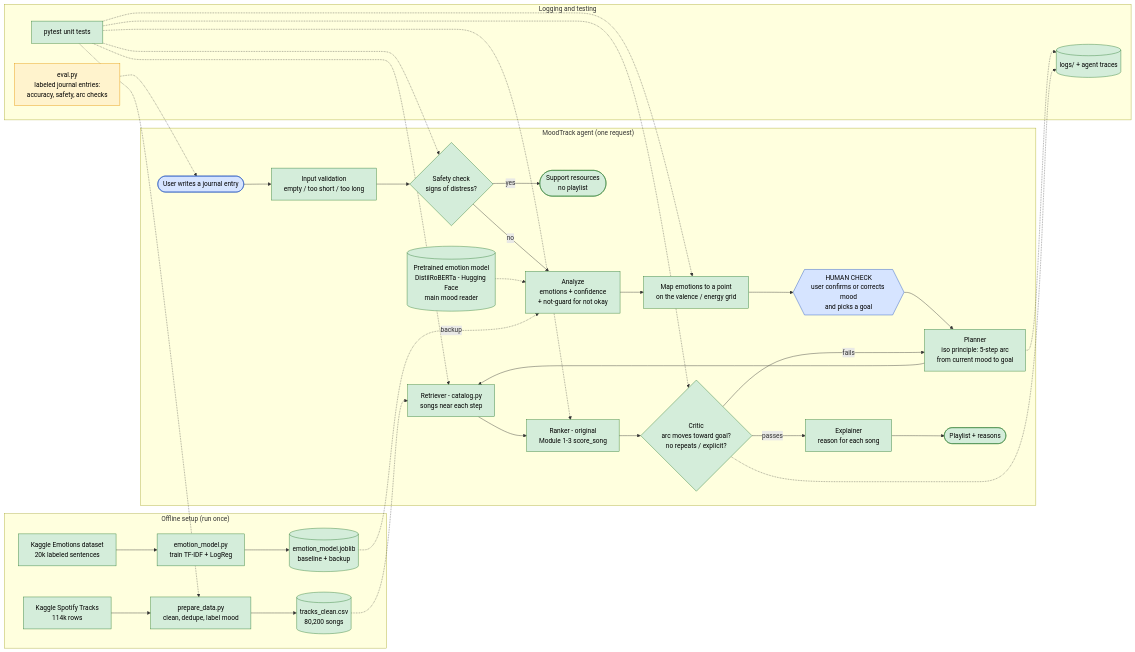
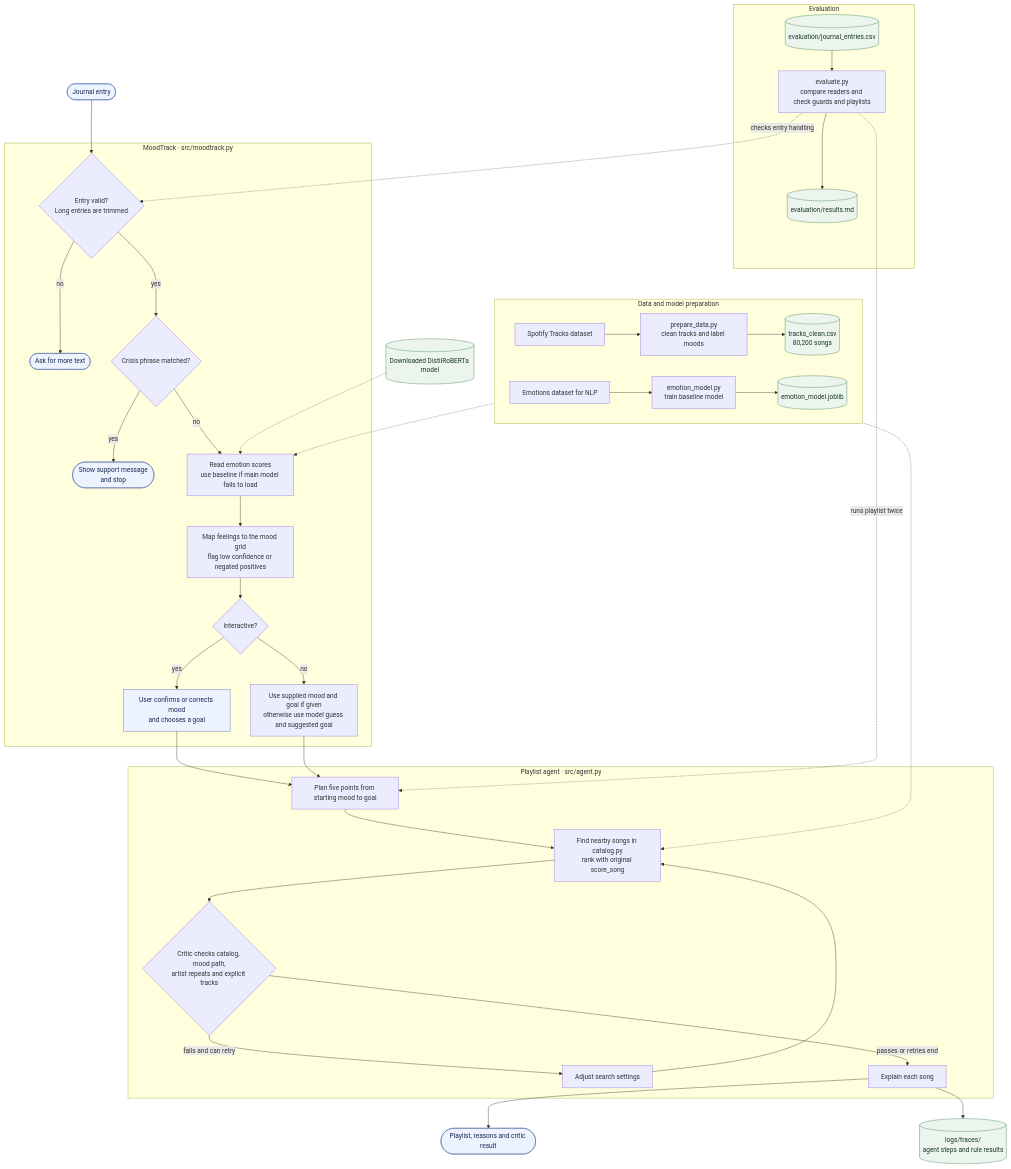
The diagram in diagrams/architecture.mmd (shrutimalsina/applied-ai-system-project-moodtrack), drawn with Mermaid before and after one commit. The commit also changed 10 other files, not shown here.

Commit message:
Added MoodTrack evaluation and updated project docs

```diff
--- a/diagrams/architecture.mmd
+++ b/diagrams/architecture.mmd
@@ -1,58 +1,64 @@
-%% MoodTrack system architecture (DRAFT - will be updated to match the final code)
-%% Green = built, Orange = planned
-%% Preview: paste into https://mermaid.live
-
-flowchart LR
-    %% ---------- Offline: data + model preparation ----------
-    subgraph PREP["Offline setup (run once)"]
-        RAW["Kaggle Spotify Tracks<br/>114k rows"] --> CLEAN["prepare_data.py<br/>clean, dedupe, label mood"]
+%% MoodTrack system architecture
+flowchart TB
+    subgraph PREP["Data and model preparation"]
+        direction LR
+        RAW["Spotify Tracks dataset"] --> CLEAN["prepare_data.py<br/>clean tracks and label moods"]
         CLEAN --> CAT[("tracks_clean.csv<br/>80,200 songs")]
-        EMO_DATA["Kaggle Emotions dataset<br/>20k labeled sentences"] --> TRAIN["emotion_model.py<br/>train TF-IDF + LogReg"]
-        TRAIN --> MODEL[("emotion_model.joblib<br/>baseline + backup")]
-    end
-    HF[("Pretrained emotion model<br/>DistilRoBERTa - Hugging Face<br/>main mood reader")]
-
-    %% ---------- Runtime: one user request ----------
-    subgraph RUN["MoodTrack agent (one request)"]
-        USER(["User writes a journal entry"]) --> VALID["Input validation<br/>empty / too short / too long"]
-        VALID --> SAFETY{"Safety check<br/>signs of distress?"}
-        SAFETY -- yes --> HELP(["Support resources<br/>no playlist"])
-        SAFETY -- no --> ANALYZE["Analyze<br/>emotions + confidence<br/>+ not-guard for not okay"]
-        HF -.-> ANALYZE
-        MODEL -. backup .-> ANALYZE
-        ANALYZE --> MAP["Map emotions to a point<br/>on the valence / energy grid"]
-        MAP --> CLARIFY{{"HUMAN CHECK<br/>user confirms or corrects mood<br/>and picks a goal"}}
-        CLARIFY --> PLAN["Planner<br/>iso principle: 5-step arc<br/>from current mood to goal"]
-        PLAN --> RETRIEVE["Retriever - catalog.py<br/>songs near each step"]
-        CAT -.-> RETRIEVE
-        RETRIEVE --> RANK["Ranker - original<br/>Module 1-3 score_song"]
-        RANK --> CRITIC{"Critic<br/>arc moves toward goal?<br/>no repeats / explicit?"}
-        CRITIC -- fails --> PLAN
-        CRITIC -- passes --> EXPLAIN["Explainer<br/>reason for each song"]
-        EXPLAIN --> OUT(["Playlist + reasons"])
+        EMO["Emotions dataset for NLP"] --> TRAIN["emotion_model.py<br/>train baseline model"]
+        TRAIN --> BASE[("emotion_model.joblib")]
     end
 
-    %% ---------- Logging and testing ----------
-    subgraph CHECK["Logging and testing"]
-        LOGS[("logs/ + agent traces")]
-        TESTS["pytest unit tests"]
-        EVAL["eval.py<br/>labeled journal entries:<br/>accuracy, safety, arc checks"]
+    HF[("Downloaded DistilRoBERTa model")]
+    ENTRY(["Journal entry"])
+
+    subgraph APP["MoodTrack · src/moodtrack.py"]
+        VALID{"Entry valid?<br/>Long entries are trimmed"}
+        INVALID(["Ask for more text"])
+        SAFETY{"Crisis phrase matched?"}
+        HELP(["Show support message<br/>and stop"])
+        READER["Read emotion scores<br/>use baseline if main model fails to load"]
+        MOOD["Map feelings to the mood grid<br/>flag low confidence or negated positives"]
+        MODE{"Interactive?"}
+        HUMAN["User confirms or corrects mood<br/>and chooses a goal"]
+        SCRIPT["Use supplied mood and goal if given<br/>otherwise use model guess and suggested goal"]
+
+        VALID -- no --> INVALID
+        VALID -- yes --> SAFETY
+        SAFETY -- yes --> HELP
+        SAFETY -- no --> READER
+        READER --> MOOD --> MODE
+        MODE -- yes --> HUMAN
+        MODE -- no --> SCRIPT
     end
 
-    PLAN -.-> LOGS
-    CRITIC -.-> LOGS
-    TESTS -.-> CLEAN
-    TESTS -.-> RETRIEVE
-    TESTS -.-> RANK
-    TESTS -.-> SAFETY
-    TESTS -.-> MAP
-    TESTS -.-> CRITIC
-    EVAL -.-> USER
+    subgraph AGENT["Playlist agent · src/agent.py"]
+        PLAN["Plan five points from starting mood to goal"]
+        PICK["Find nearby songs in catalog.py<br/>rank with original score_song"]
+        CHECK{"Critic checks catalog, mood path,<br/>artist repeats and explicit tracks"}
+        FIX["Adjust search settings"]
+        EXPLAIN["Explain each song"]
+        PLAN --> PICK --> CHECK
+        CHECK -- "fails and can retry" --> FIX --> PICK
+        CHECK -- "passes or retries end" --> EXPLAIN
+    end
 
-    classDef built fill:#d4edda,stroke:#2e7d32,color:#000
-    classDef planned fill:#fff3cd,stroke:#e69500,color:#000
-    classDef human fill:#d6e4ff,stroke:#1f4fbf,color:#000
+    ENTRY --> VALID
+    HF -.-> READER
+    BASE -.-> READER
+    HUMAN --> PLAN
+    SCRIPT --> PLAN
+    CAT -.-> PICK
+    EXPLAIN --> OUT(["Playlist, reasons and critic result"])
+    EXPLAIN --> TRACE[("logs/traces/<br/>agent steps and rule results")]
 
-    class RAW,CLEAN,CAT,EMO_DATA,TRAIN,MODEL,HF,RETRIEVE,RANK,TESTS,VALID,SAFETY,HELP,ANALYZE,MAP,PLAN,CRITIC,EXPLAIN,LOGS,OUT built
-    class EVAL planned
-    class USER,CLARIFY human
+    subgraph EVALUATION["Evaluation"]
+        CASES[("evaluation/journal_entries.csv")] --> EVAL["evaluate.py<br/>compare readers and check guards and playlists"]
+        EVAL --> REPORT[("evaluation/results.md")]
+    end
+    EVAL -. "checks entry handling" .-> VALID
+    EVAL -. "runs playlist twice" .-> PLAN
+
+    classDef storage fill:#ecf5ed,stroke:#44805b,color:#173728
+    classDef choice fill:#edf2ff,stroke:#506cad,color:#182952
+    class CAT,BASE,HF,TRACE,CASES,REPORT storage
+    class ENTRY,HUMAN,OUT,INVALID,HELP choice
```
